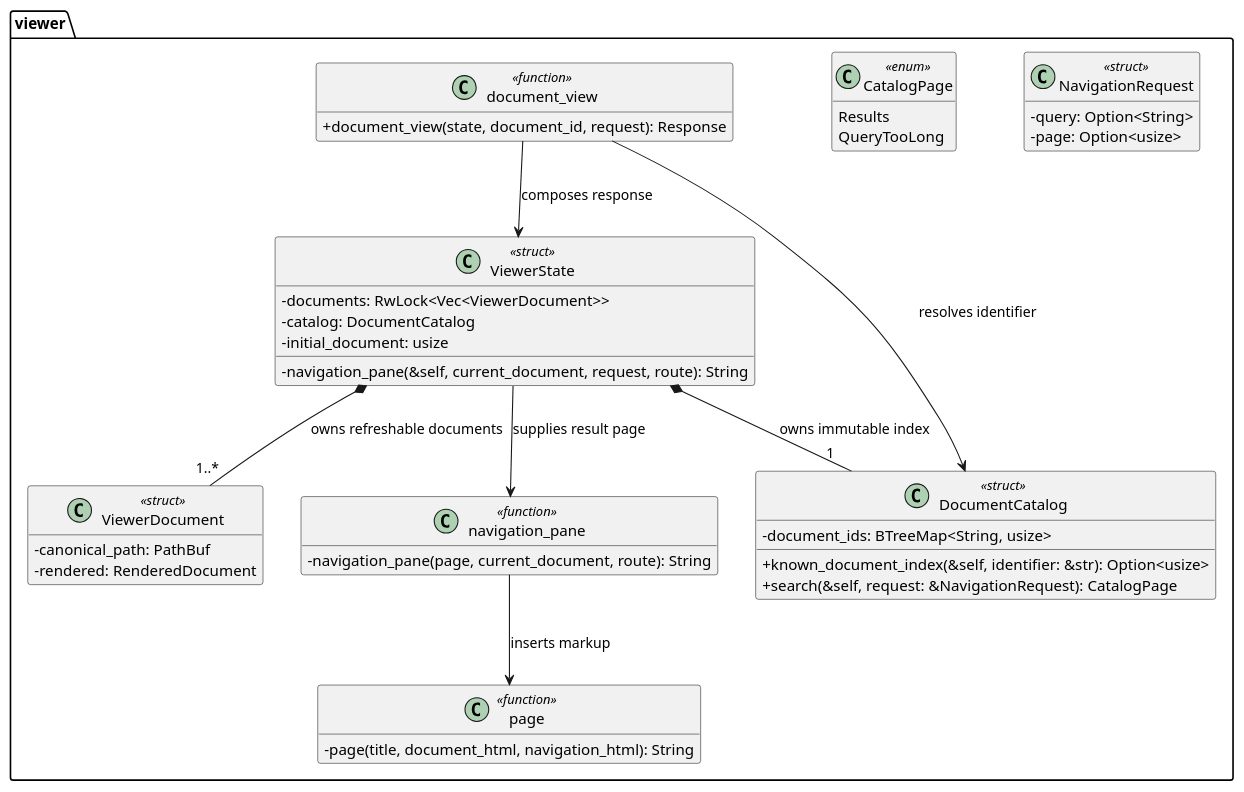
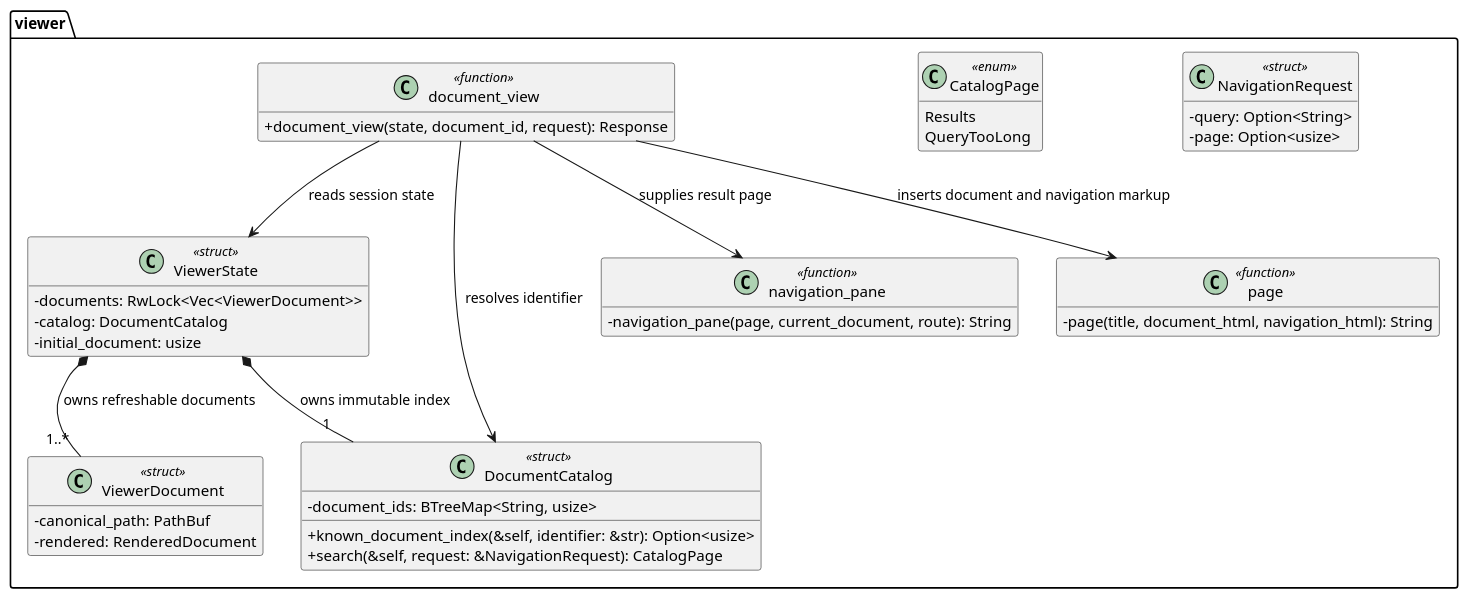
The second of 2 diagrams in docs/features/document-navigation-pane/design.md (sirius-cc-wu/lens), drawn with PlantUML before and after one commit. The commit also changed other lines of this file and 11 other files, not shown here.

````diff
--- a/docs/features/document-navigation-pane/design.md
+++ b/docs/features/document-navigation-pane/design.md
@@ -81,48 +83,47 @@
 ```plantuml
 @startuml
 hide empty members
 skinparam classAttributeIconSize 0
 
 package "viewer" {
   class "ViewerState" as ViewerState <<struct>> {
     -documents: RwLock<Vec<ViewerDocument>>
     -catalog: DocumentCatalog
     -initial_document: usize
-    -navigation_pane(&self, current_document, request, route): String
   }
   class "DocumentCatalog" as Catalog <<struct>> {
     -document_ids: BTreeMap<String, usize>
     +known_document_index(&self, identifier: &str): Option<usize>
     +search(&self, request: &NavigationRequest): CatalogPage
   }
   class "NavigationRequest" as Request <<struct>> {
     -query: Option<String>
     -page: Option<usize>
   }
   class "CatalogPage" as CatalogPage <<enum>> {
     Results
     QueryTooLong
   }
   class "ViewerDocument" as ViewerDocument <<struct>> {
     -canonical_path: PathBuf
     -rendered: RenderedDocument
   }
   class "document_view" as DocumentView <<function>> {
     +document_view(state, document_id, request): Response
   }
   class "navigation_pane" as Navigation <<function>> {
     -navigation_pane(page, current_document, route): String
   }
   class "page" as Page <<function>> {
     -page(title, document_html, navigation_html): String
   }
 }
 
 ViewerState *-- "1" Catalog : owns immutable index
 ViewerState *-- "1..*" ViewerDocument : owns refreshable documents
 DocumentView --> Catalog : resolves identifier
-DocumentView --> ViewerState : composes response
-ViewerState --> Navigation : supplies result page
-Navigation --> Page : inserts markup
+DocumentView --> ViewerState : reads session state
+DocumentView --> Navigation : supplies result page
+DocumentView --> Page : inserts document and navigation markup
 @enduml
 ```
````
